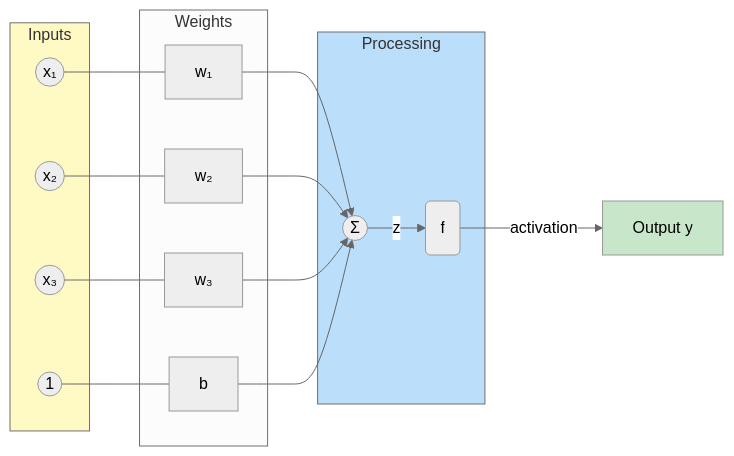
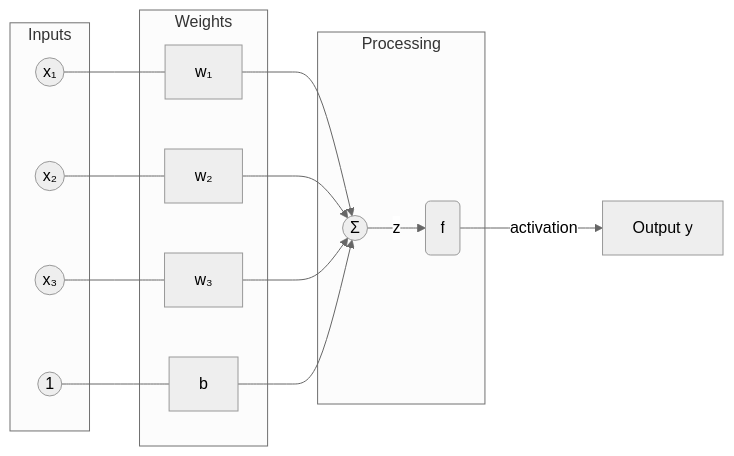
The first of 8 diagrams in bab-08-neural-network.md (antonprafanto/dasarAI2026), drawn with Mermaid (neutral theme) before and after one commit. The commit also changed other lines of this file and 8 other files, not shown here.

Commit message:
Fix: Remove custom Mermaid styling for better dark mode visibility

````diff
--- a/bab-08-neural-network.md
+++ b/bab-08-neural-network.md
@@ -55,35 +55,31 @@
 ```mermaid
 graph LR
     subgraph Inputs
         x1((x₁))
         x2((x₂))
         x3((x₃))
         b((1))
     end
 
     subgraph Weights
         w1[w₁]
         w2[w₂]
         w3[w₃]
         wb[b]
     end
 
     subgraph Processing
         Sum((Σ))
         Act(f)
     end
 
     Output[Output y]
 
     x1 --- w1 --> Sum
     x2 --- w2 --> Sum
     x3 --- w3 --> Sum
     b --- wb --> Sum
 
     Sum -->|z| Act
     Act -->|activation| Output
-
-    style Inputs fill:#fff9c4
-    style Processing fill:#bbdefb
-    style Output fill:#c8e6c9
 ```
````
